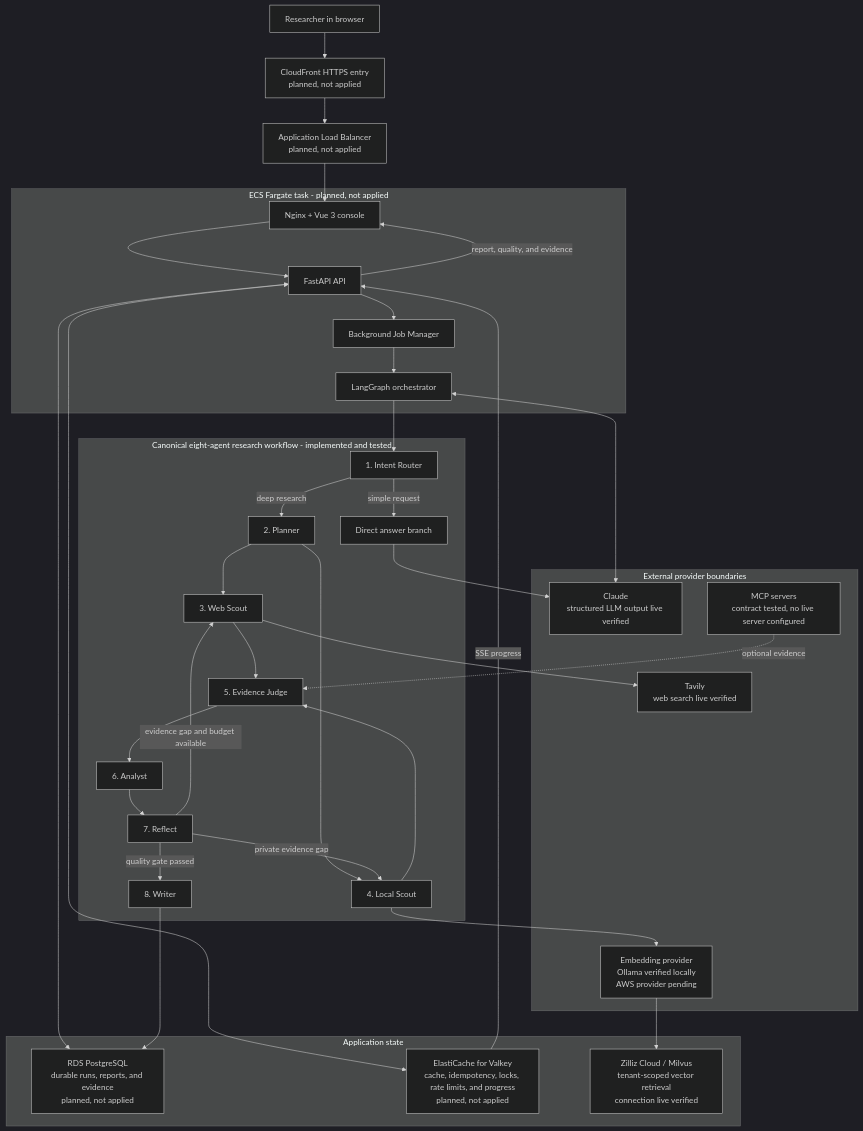
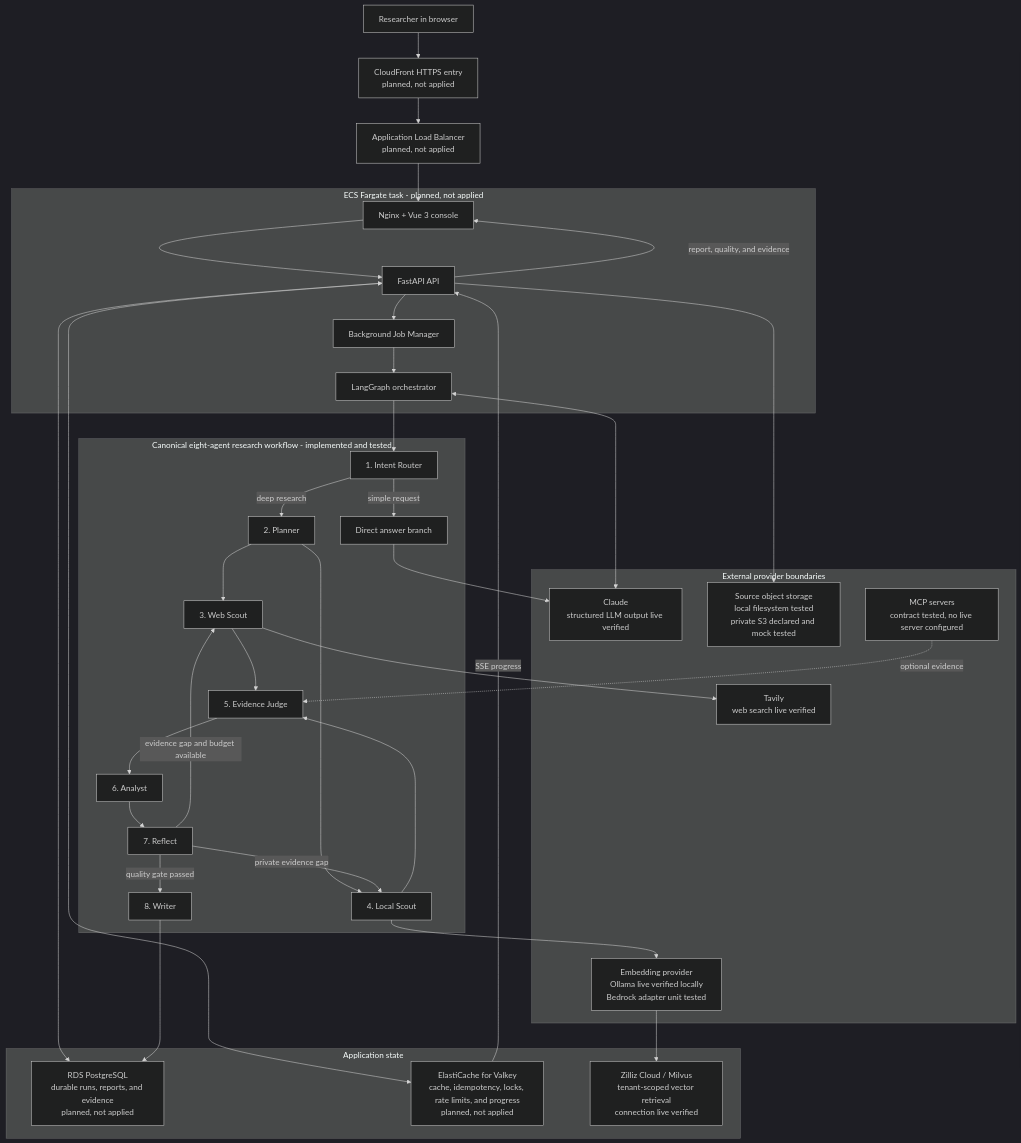
Before and after one commit to akira-in-tech/enterprise-agentic-research-platform: the diagram in README.md, drawn with Mermaid (dark theme). The commit also changed other lines of this file and 20 other files, not shown here.

Commit message:
feat: add AWS private knowledge providers

````diff
--- a/README.md
+++ b/README.md
@@ -287,60 +290,62 @@
 ```mermaid
 flowchart TB
     researcher["Researcher in browser"]
     cloudfront["CloudFront HTTPS entry<br/>planned, not applied"]
     alb["Application Load Balancer<br/>planned, not applied"]
 
     subgraph ecs["ECS Fargate task - planned, not applied"]
         frontend["Nginx + Vue 3 console"]
         api["FastAPI API"]
         jobs["Background Job Manager"]
         workflow["LangGraph orchestrator"]
     end
 
     subgraph agents["Canonical eight-agent research workflow - implemented and tested"]
         router["1. Intent Router"]
         planner["2. Planner"]
         web["3. Web Scout"]
         local["4. Local Scout"]
         judge["5. Evidence Judge"]
         analyst["6. Analyst"]
         reflect["7. Reflect"]
         writer["8. Writer"]
         direct["Direct answer branch"]
     end
 
     subgraph state["Application state"]
         postgres["RDS PostgreSQL<br/>durable runs, reports, and evidence<br/>planned, not applied"]
         redis["ElastiCache for Valkey<br/>cache, idempotency, locks, rate limits, and progress<br/>planned, not applied"]
         milvus["Zilliz Cloud / Milvus<br/>tenant-scoped vector retrieval<br/>connection live verified"]
     end
 
     subgraph providers["External provider boundaries"]
         claude["Claude<br/>structured LLM output live verified"]
         tavily["Tavily<br/>web search live verified"]
-        embeddings["Embedding provider<br/>Ollama verified locally<br/>AWS provider pending"]
+        embeddings["Embedding provider<br/>Ollama live verified locally<br/>Bedrock adapter unit tested"]
+        objects["Source object storage<br/>local filesystem tested<br/>private S3 declared and mock tested"]
         mcp["MCP servers<br/>contract tested, no live server configured"]
     end
 
     researcher --> cloudfront --> alb --> frontend --> api
     api --> jobs --> workflow --> router
     router -->|simple request| direct --> claude
     router -->|deep research| planner
     planner --> web
     planner --> local
     web --> tavily
     local --> embeddings --> milvus
+    api --> objects
     web --> judge
     local --> judge
     mcp -. optional evidence .-> judge
     judge --> analyst --> reflect
     reflect -->|evidence gap and budget available| web
     reflect -->|private evidence gap| local
     reflect -->|quality gate passed| writer
     workflow <--> claude
     api <--> redis
     api <--> postgres
     writer --> postgres
     redis -->|SSE progress| api
     api -->|report, quality, and evidence| frontend
 ```
````
